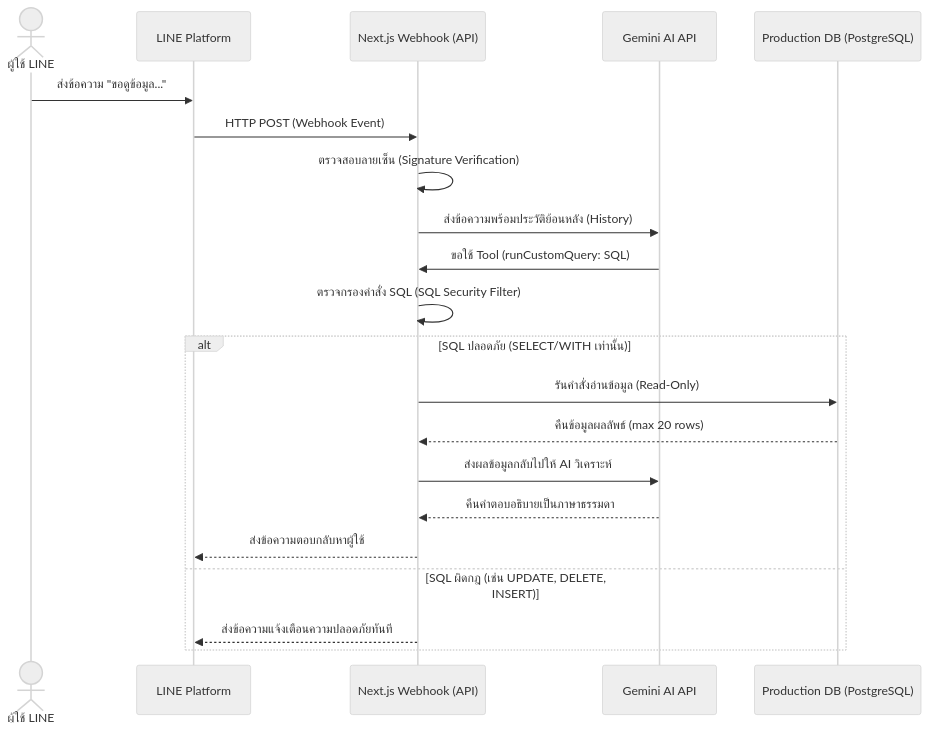
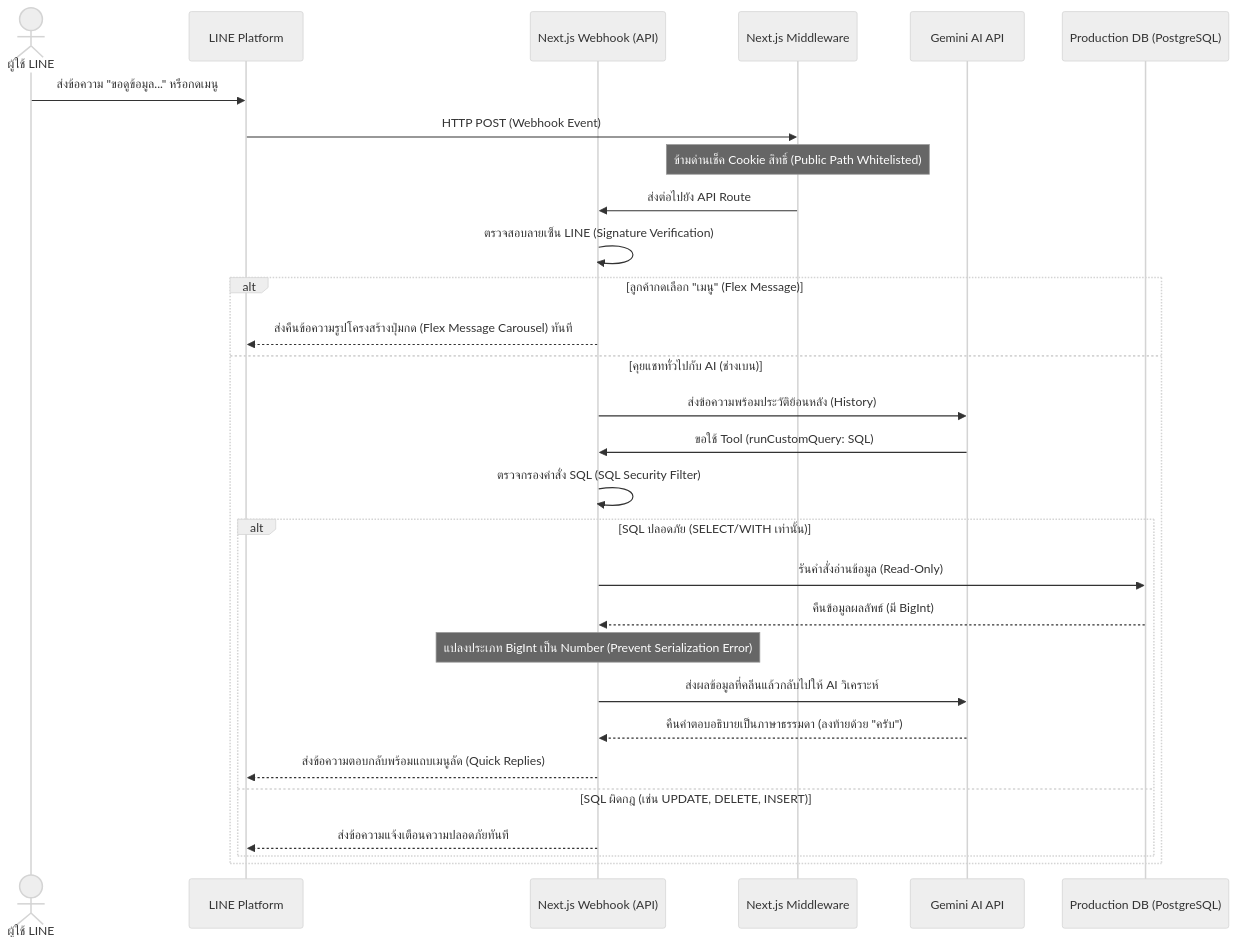
The diagram in secure_line_chatbot_pattern.md (mizae1234/expert), drawn with Mermaid (neutral theme) before and after one commit. The commit also changed other lines of this file and 2 other files, not shown here.

Commit message:
feat: add Flex Carousel menu for 'menu' command and update blueprint documentation

````diff
--- a/secure_line_chatbot_pattern.md
+++ b/secure_line_chatbot_pattern.md
@@ -9,24 +9,34 @@
 ```mermaid
 sequenceDiagram
     actor User as ผู้ใช้ LINE
     participant LINE as LINE Platform
     participant Webhook as Next.js Webhook (API)
+    participant Middleware as Next.js Middleware
     participant Gemini as Gemini AI API
     participant DB as Production DB (PostgreSQL)
 
-    User->>LINE: ส่งข้อความ "ขอดูข้อมูล..."
-    LINE->>Webhook: HTTP POST (Webhook Event)
-    Webhook->>Webhook: ตรวจสอบลายเซ็น (Signature Verification)
-    Webhook->>Gemini: ส่งข้อความพร้อมประวัติย้อนหลัง (History)
-    Gemini->>Webhook: ขอใช้ Tool (runCustomQuery: SQL)
-    Webhook->>Webhook: ตรวจกรองคำสั่ง SQL (SQL Security Filter)
-    alt SQL ปลอดภัย (SELECT/WITH เท่านั้น)
-        Webhook->>DB: รันคำสั่งอ่านข้อมูล (Read-Only)
-        DB-->>Webhook: คืนข้อมูลผลลัพธ์ (max 20 rows)
-        Webhook->>Gemini: ส่งผลข้อมูลกลับไปให้ AI วิเคราะห์
-        Gemini-->>Webhook: คืนคำตอบอธิบายเป็นภาษาธรรมดา
-        Webhook-->>LINE: ส่งข้อความตอบกลับหาผู้ใช้
-    else SQL ผิดกฎ (เช่น UPDATE, DELETE, INSERT)
-        Webhook-->>LINE: ส่งข้อความแจ้งเตือนความปลอดภัยทันที
+    User->>LINE: ส่งข้อความ "ขอดูข้อมูล..." หรือกดเมนู
+    LINE->>Middleware: HTTP POST (Webhook Event)
+    Note over Middleware: ข้ามด่านเช็ค Cookie สิทธิ์ (Public Path Whitelisted)
+    Middleware->>Webhook: ส่งต่อไปยัง API Route
+    Webhook->>Webhook: ตรวจสอบลายเซ็น LINE (Signature Verification)
+    
+    alt ลูกค้ากดเลือก "เมนู" (Flex Message)
+        Webhook-->>LINE: ส่งคืนข้อความรูปโครงสร้างปุ่มกด (Flex Message Carousel) ทันที
+    else คุยแชททั่วไปกับ AI (ช่างเบน)
+        Webhook->>Gemini: ส่งข้อความพร้อมประวัติย้อนหลัง (History)
+        Gemini->>Webhook: ขอใช้ Tool (runCustomQuery: SQL)
+        Webhook->>Webhook: ตรวจกรองคำสั่ง SQL (SQL Security Filter)
+        
+        alt SQL ปลอดภัย (SELECT/WITH เท่านั้น)
+            Webhook->>DB: รันคำสั่งอ่านข้อมูล (Read-Only)
+            DB-->>Webhook: คืนข้อมูลผลลัพธ์ (มี BigInt)
+            Note over Webhook: แปลงประเภท BigInt เป็น Number (Prevent Serialization Error)
+            Webhook->>Gemini: ส่งผลข้อมูลที่คลีนแล้วกลับไปให้ AI วิเคราะห์
+            Gemini-->>Webhook: คืนคำตอบอธิบายเป็นภาษาธรรมดา (ลงท้ายด้วย "ครับ")
+            Webhook-->>LINE: ส่งข้อความตอบกลับพร้อมแถบเมนูลัด (Quick Replies)
+        else SQL ผิดกฎ (เช่น UPDATE, DELETE, INSERT)
+            Webhook-->>LINE: ส่งข้อความแจ้งเตือนความปลอดภัยทันที
+        end
     end
 ```
````
